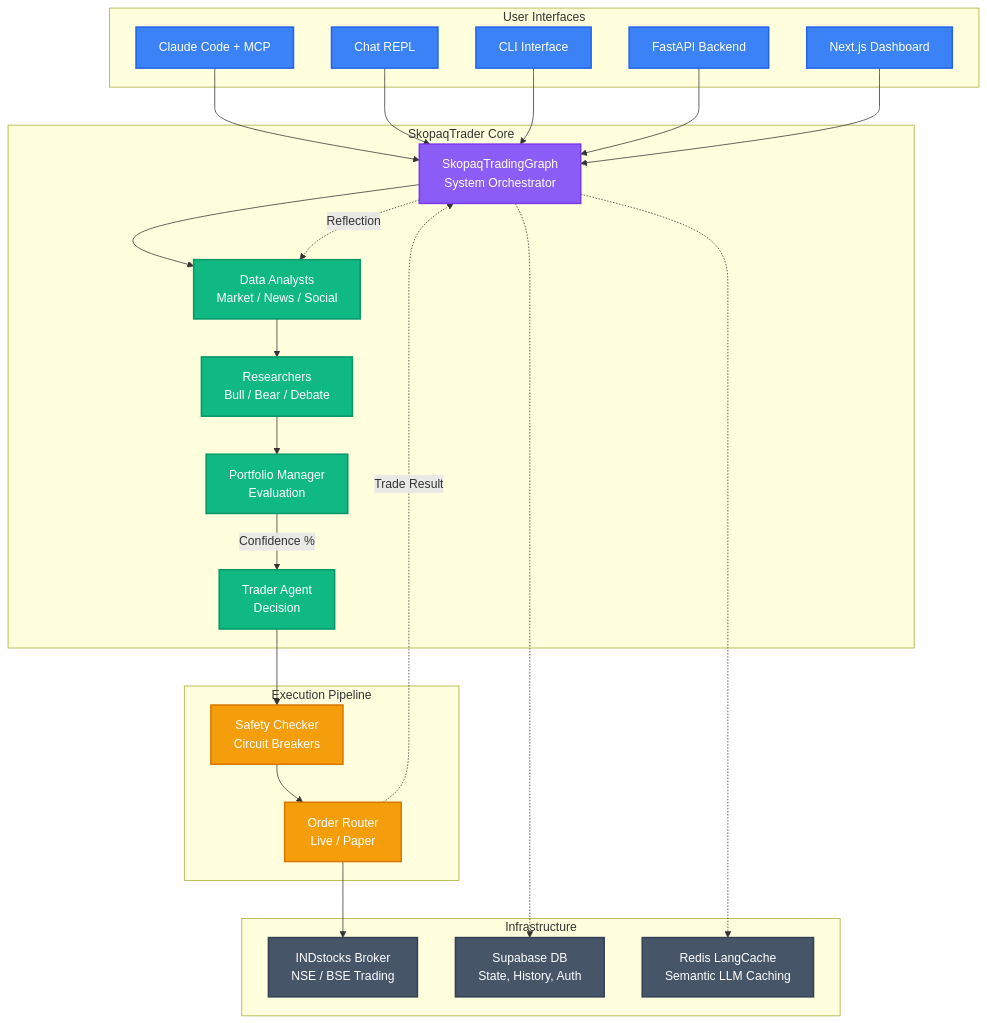
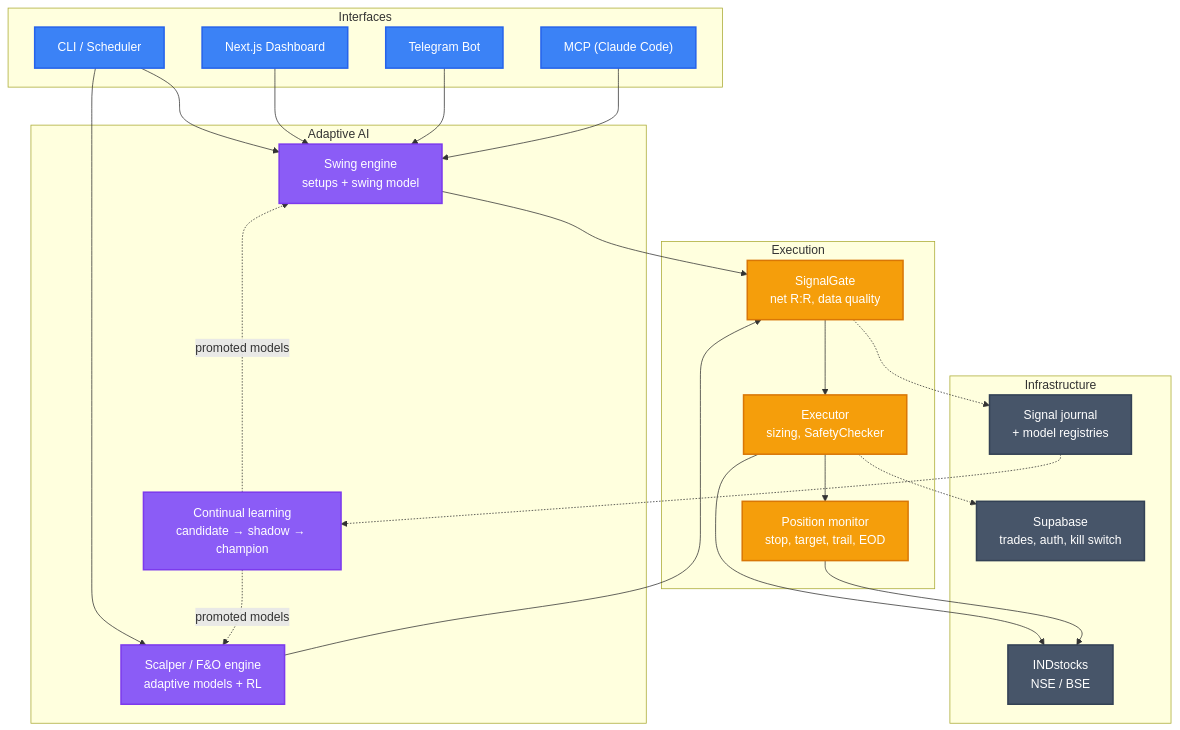
One commit to Tophunt-max/Ai-IND-money- changed the first of 2 diagrams in README.md. Above: the diagram before and after it, drawn with Mermaid. The commit also changed other lines of this file and 257 other files, not shown here.

First line of the commit message:
Make the Adaptive AI the only AI: remove the LLM layer, add the swing model

````diff
--- a/README.md
+++ b/README.md
@@ -65,52 +51,49 @@
 ```mermaid
 graph TD
     classDef interface fill:#3b82f6,stroke:#2563eb,stroke-width:2px,color:#fff
-    classDef core fill:#8b5cf6,stroke:#7c3aed,stroke-width:2px,color:#fff
-    classDef agent fill:#10b981,stroke:#059669,stroke-width:2px,color:#fff
+    classDef ai fill:#8b5cf6,stroke:#7c3aed,stroke-width:2px,color:#fff
     classDef execution fill:#f59e0b,stroke:#d97706,stroke-width:2px,color:#fff
     classDef external fill:#475569,stroke:#334155,stroke-width:2px,color:#fff
 
-    subgraph UI["User Interfaces"]
-        ClaudeCode["Claude Code + MCP"]:::interface
-        ChatREPL["Chat REPL"]:::interface
-        CLI["CLI Interface"]:::interface
-        API["FastAPI Backend"]:::interface
+    subgraph UI["Interfaces"]
+        CLI["CLI / Scheduler"]:::interface
         Dashboard["Next.js Dashboard"]:::interface
+        Telegram["Telegram Bot"]:::interface
+        MCP["MCP (Claude Code)"]:::interface
     end
 
-    subgraph CoreSystem["SkopaqTrader Core"]
-        Orchestrator["SkopaqTradingGraph<br/>System Orchestrator"]:::core
-        DataAgents["Data Analysts<br/>Market / News / Social"]:::agent
-        ResearchAgents["Researchers<br/>Bull / Bear / Debate"]:::agent
-        RiskAgent["Portfolio Manager<br/>Evaluation"]:::agent
-        TraderAgent["Trader Agent<br/>Decision"]:::agent
+    subgraph AI["Adaptive AI"]
+        Swing["Swing engine<br/>setups + swing model"]:::ai
+        Scalp["Scalper / F&O engine<br/>adaptive models + RL"]:::ai
+        Learn["Continual learning<br/>candidate → shadow → champion"]:::ai
     end
 
-    subgraph Exec["Execution Pipeline"]
-        Safety["Safety Checker<br/>Circuit Breakers"]:::execution
-        Router["Order Router<br/>Live / Paper"]:::execution
+    subgraph Exec["Execution"]
+        Gate["SignalGate<br/>net R:R, data quality"]:::execution
+        Executor["Executor<br/>sizing, SafetyChecker"]:::execution
+        Monitor["Position monitor<br/>stop, target, trail, EOD"]:::execution
     end
 
     subgraph Infra["Infrastructure"]
-        INDstocks["INDstocks Broker<br/>NSE / BSE Trading"]:::external
-        Supabase["Supabase DB<br/>State, History, Auth"]:::external
-        Redis["Redis LangCache<br/>Semantic LLM Caching"]:::external
+        INDstocks["INDstocks<br/>NSE / BSE"]:::external
+        Supabase["Supabase<br/>trades, auth, kill switch"]:::external
+        Journal["Signal journal<br/>+ model registries"]:::external
     end
 
-    ClaudeCode --> Orchestrator
-    ChatREPL --> Orchestrator
-    CLI --> Orchestrator
-    API --> Orchestrator
-    Dashboard --> Orchestrator
-    Orchestrator --> DataAgents
-    DataAgents --> ResearchAgents
-    ResearchAgents --> RiskAgent
-    RiskAgent -- "Confidence %" --> TraderAgent
-    TraderAgent --> Safety
-    Safety --> Router
-    Router --> INDstocks
-    Orchestrator -.-> Supabase
-    Orchestrator -.-> Redis
-    Router -. "Trade Result" .-> Orchestrator
-    Orchestrator -. "Reflection" .-> DataAgents
+    CLI --> Swing
+    CLI --> Scalp
+    Dashboard --> Swing
+    Telegram --> Swing
+    MCP --> Swing
+    Swing --> Gate
+    Scalp --> Gate
+    Gate --> Executor
+    Executor --> INDstocks
+    Executor --> Monitor
+    Monitor --> INDstocks
+    Gate -.-> Journal
+    Executor -.-> Supabase
+    Journal -.-> Learn
+    Learn -. "promoted models" .-> Swing
+    Learn -. "promoted models" .-> Scalp
 ```
````
